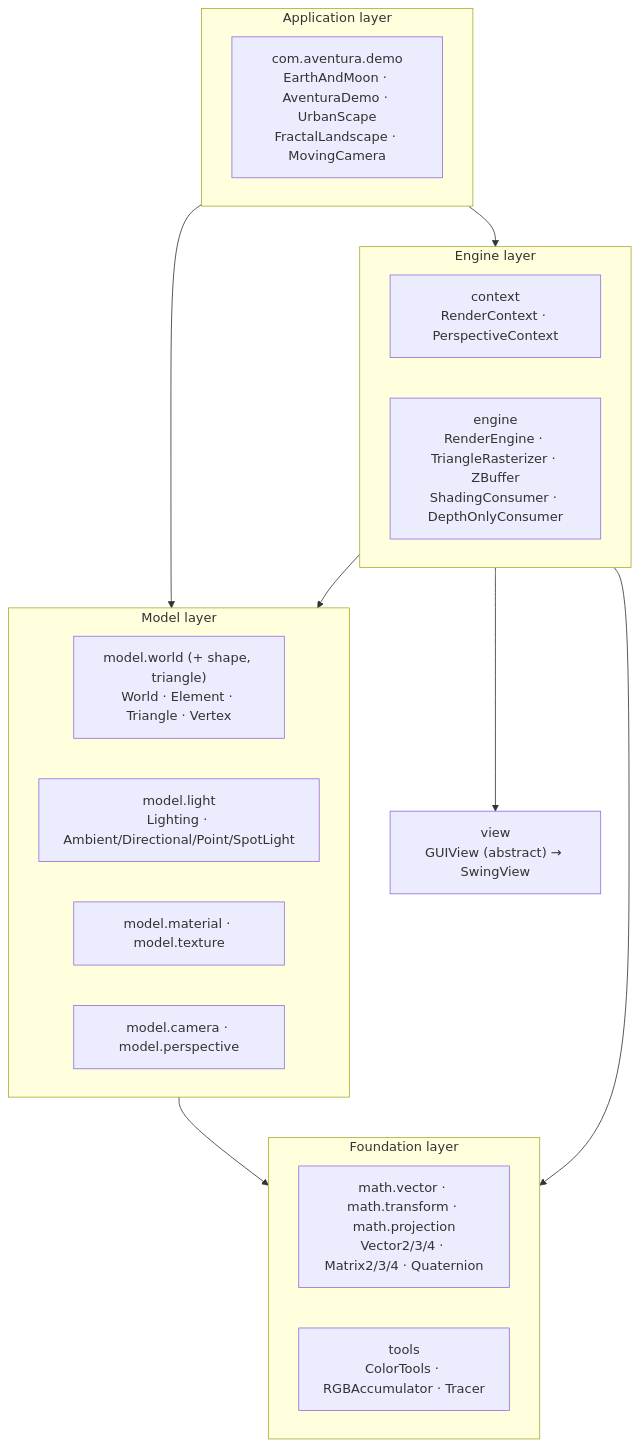
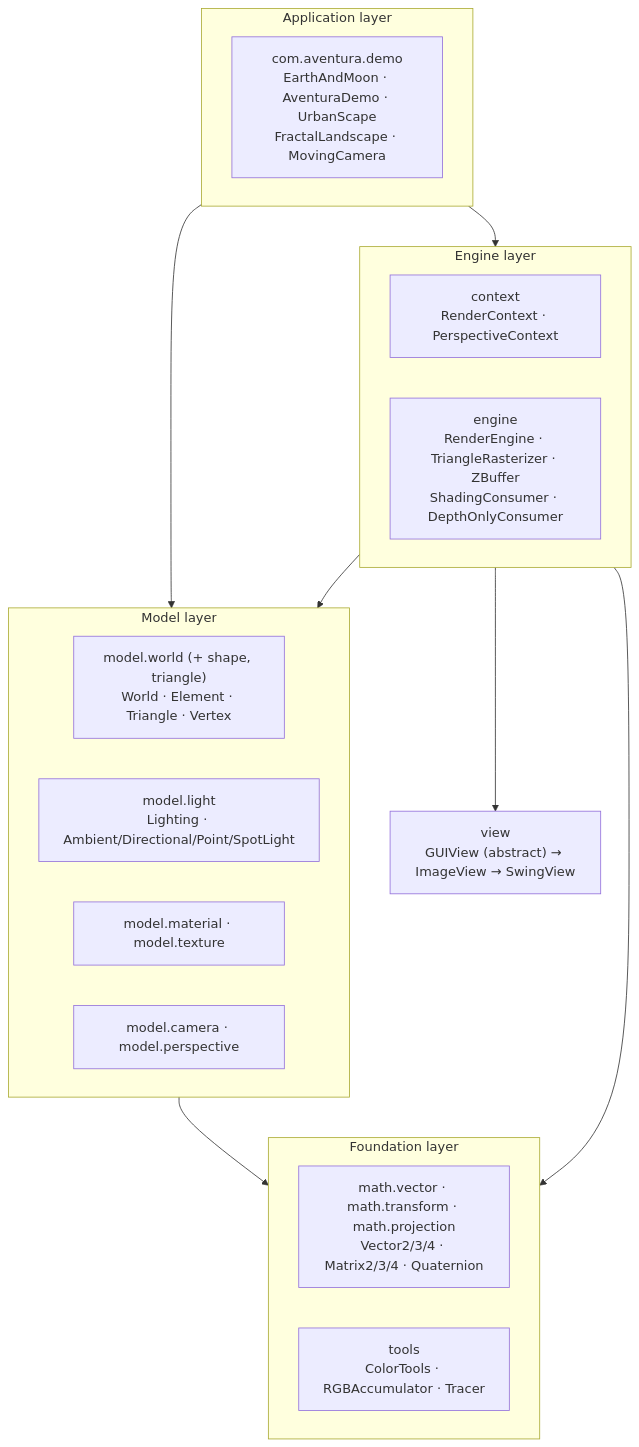
One commit to obarry/Aventura changed the second of 20 diagrams in docs/DESIGN.md. Above: the diagram before and after it, drawn with Mermaid. The commit also changed other lines of this file and 83 other files, not shown here.

First line of the commit message:
GUI-independent ImageView; view cleanup; backlog

````diff
--- a/docs/DESIGN.md
+++ b/docs/DESIGN.md
@@ -65,28 +65,28 @@
 ```mermaid
 flowchart TB
     subgraph APP["Application layer"]
         DEMO["com.aventura.demo<br/>EarthAndMoon · AventuraDemo · UrbanScape<br/>FractalLandscape · MovingCamera"]
     end
     subgraph ENGINE["Engine layer"]
         CTX["context<br/>RenderContext · PerspectiveContext"]
         ENG["engine<br/>RenderEngine · TriangleRasterizer · ZBuffer<br/>ShadingConsumer · DepthOnlyConsumer"]
     end
     subgraph MODEL["Model layer"]
         WORLD["model.world (+ shape, triangle)<br/>World · Element · Triangle · Vertex"]
         LIGHT["model.light<br/>Lighting · Ambient/Directional/Point/SpotLight"]
         MAT["model.material · model.texture"]
         CAM["model.camera · model.perspective"]
     end
     subgraph FOUND["Foundation layer"]
         MATH["math.vector · math.transform · math.projection<br/>Vector2/3/4 · Matrix2/3/4 · Quaternion"]
         TOOLS["tools<br/>ColorTools · RGBAccumulator · Tracer"]
     end
-    VIEW["view<br/>GUIView (abstract) → SwingView"]
+    VIEW["view<br/>GUIView (abstract) → ImageView → SwingView"]
 
     APP --> ENGINE
     APP --> MODEL
     ENGINE --> MODEL
     ENGINE --> VIEW
     MODEL --> FOUND
     ENGINE --> FOUND
 ```
````
